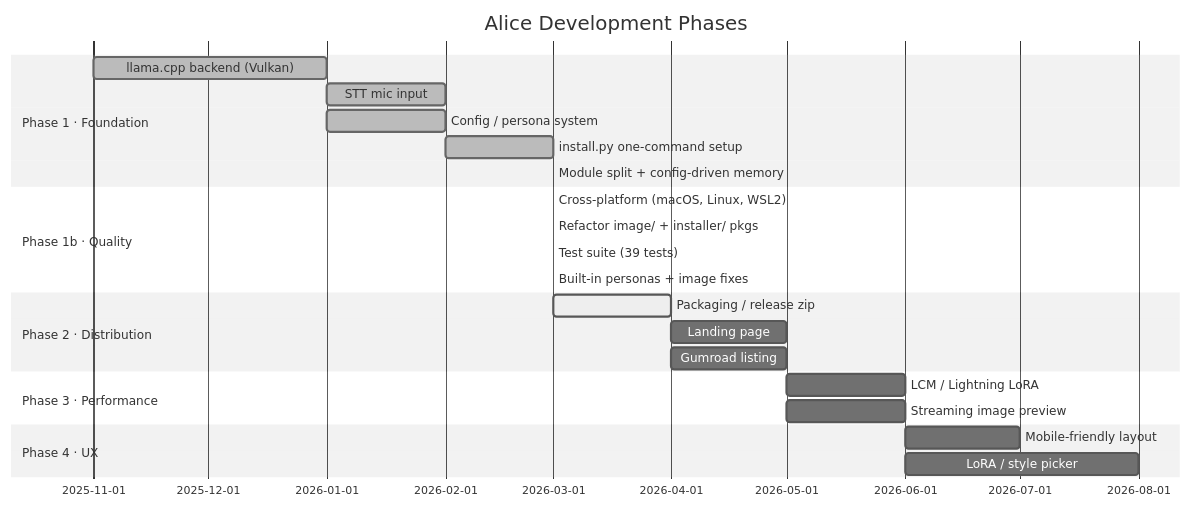
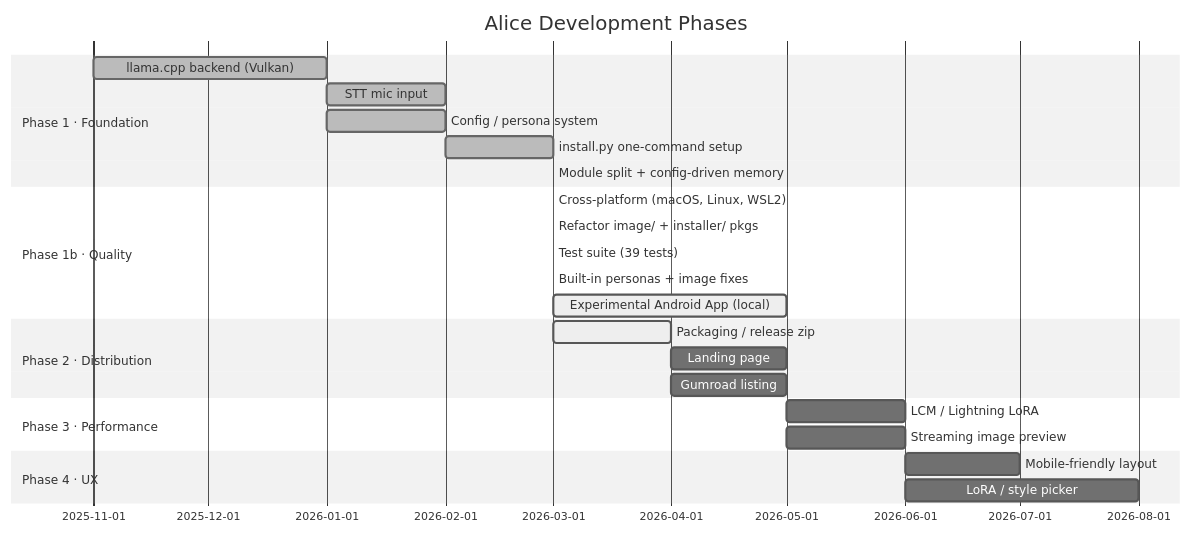
The second of 3 diagrams in Roadmap.md (cschladetsch/PyLocalEnsemble), drawn with Mermaid (neutral theme) before and after one commit. The commit also changed 9 other files, not shown here.

Commit message:
docs: update Readme and Roadmap; fix: sync llm_params and update test persona

````diff
--- a/Roadmap.md
+++ b/Roadmap.md
@@ -82,31 +82,32 @@
 ```mermaid
 gantt
     dateFormat  YYYY-MM
     title Alice Development Phases
 
     section Phase 1 · Foundation
     llama.cpp backend (Vulkan)          :done, 2025-11, 2026-01
     STT mic input                       :done, 2026-01, 2026-02
     Config / persona system             :done, 2026-01, 2026-02
     install.py one-command setup        :done, 2026-02, 2026-03
     Module split + config-driven memory :done, 2026-03, 2026-03
 
     section Phase 1b · Quality
     Cross-platform (macOS, Linux, WSL2) :done, 2026-03, 2026-03
     Refactor image/ + installer/ pkgs   :done, 2026-03, 2026-03
     Test suite (39 tests)               :done, 2026-03, 2026-03
     Built-in personas + image fixes     :done, 2026-03, 2026-03
+    Experimental Android App (local)    :active, 2026-03, 2026-05
 
     section Phase 2 · Distribution
     Packaging / release zip             :active, 2026-03, 2026-04
     Landing page                        :2026-04, 2026-05
     Gumroad listing                     :2026-04, 2026-05
 
     section Phase 3 · Performance
     LCM / Lightning LoRA                :2026-05, 2026-06
     Streaming image preview             :2026-05, 2026-06
 
     section Phase 4 · UX
     Mobile-friendly layout              :2026-06, 2026-07
     LoRA / style picker                 :2026-06, 2026-08
 ```
````
